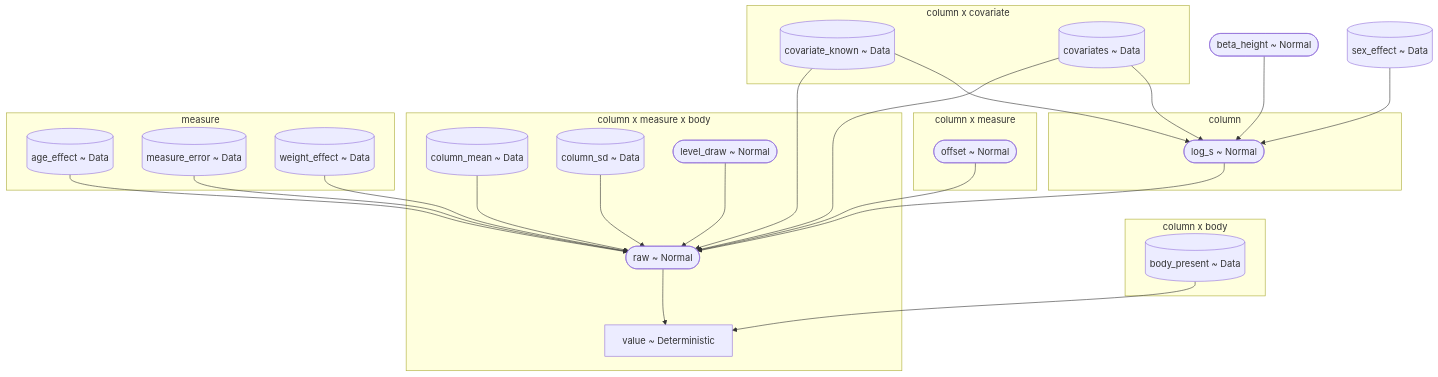
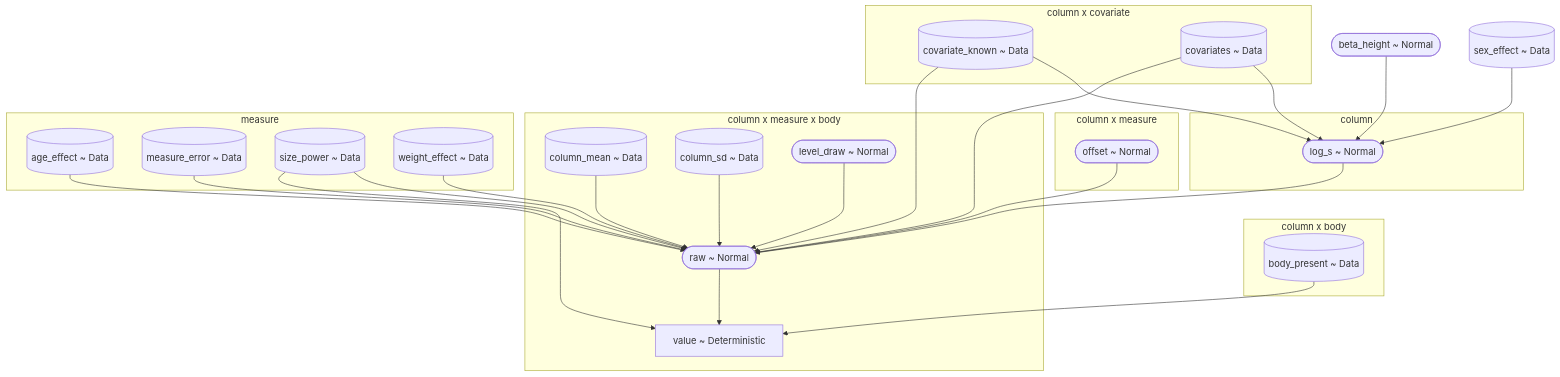
One commit to OpenSpineConsortium/bordercall changed the diagram in schwingcheck/graphs/generator.mmd. Above: the diagram before and after it, drawn with Mermaid. The commit also changed 22 other files, not shown here.

```diff
--- a/schwingcheck/graphs/generator.mmd
+++ b/schwingcheck/graphs/generator.mmd
@@ -1,57 +1,61 @@
 graph TD
     age_effect[("age_effect ~ Data")]
     beta_height(["beta_height ~ Normal"])
     body_present[("body_present ~ Data")]
     column_mean[("column_mean ~ Data")]
     column_sd[("column_sd ~ Data")]
     covariate_known[("covariate_known ~ Data")]
     covariates[("covariates ~ Data")]
     level_draw(["level_draw ~ Normal"])
     log_s(["log_s ~ Normal"])
     measure_error[("measure_error ~ Data")]
     offset(["offset ~ Normal"])
     raw(["raw ~ Normal"])
     sex_effect[("sex_effect ~ Data")]
+    size_power[("size_power ~ Data")]
     value["value ~ Deterministic"]
     weight_effect[("weight_effect ~ Data")]
     beta_height --> log_s
     covariate_known --> log_s
     covariates --> log_s
     sex_effect --> log_s
     age_effect --> raw
     column_mean --> raw
     column_sd --> raw
     covariate_known --> raw
     covariates --> raw
     level_draw --> raw
     log_s --> raw
     measure_error --> raw
     offset --> raw
+    size_power --> raw
     weight_effect --> raw
     body_present --> value
     raw --> value
+    size_power --> value
     subgraph plate1 ["column"]
         log_s
     end
     subgraph plate2 ["column x body"]
         body_present
     end
     subgraph plate3 ["column x covariate"]
         covariate_known
         covariates
     end
     subgraph plate4 ["column x measure"]
         offset
     end
     subgraph plate5 ["column x measure x body"]
         column_mean
         column_sd
         level_draw
         raw
         value
     end
     subgraph plate6 ["measure"]
         age_effect
         measure_error
+        size_power
         weight_effect
     end
```
